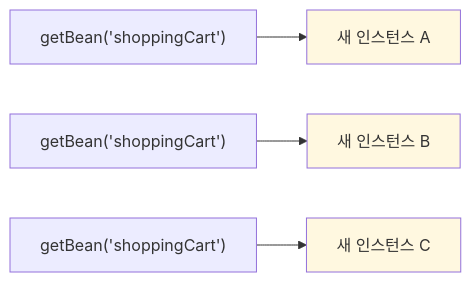
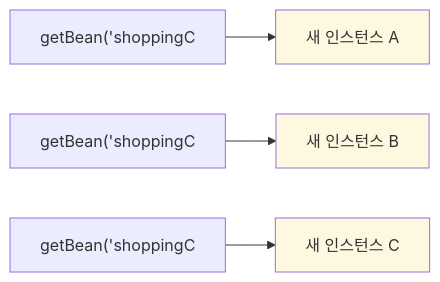
One commit to yjkim2015/yjkim2015.github.io changed the fifth of 7 diagrams in _posts/spring/2026-05-01-spring-ioc-di.md. Above: the diagram before and after it, drawn with Mermaid. The commit also changed other lines of this file and 271 other files, not shown here.

First line of the commit message:
Mermaid 라벨 축소: 긴 노드 텍스트 18자 이하로 트림 + \n 제거

````diff
--- a/_posts/spring/2026-05-01-spring-ioc-di.md
+++ b/_posts/spring/2026-05-01-spring-ioc-di.md
@@ -219,9 +219,9 @@
 ```mermaid
 graph LR
-    A["getBean('shoppingCart')"] --> I1["새 인스턴스 A"]
-    B["getBean('shoppingCart')"] --> I2["새 인스턴스 B"]
-    C["getBean('shoppingCart')"] --> I3["새 인스턴스 C"]
+    A["getBean('shoppingC"] --> I1["새 인스턴스 A"]
+    B["getBean('shoppingC"] --> I2["새 인스턴스 B"]
+    C["getBean('shoppingC"] --> I3["새 인스턴스 C"]
     style I1 fill:#fff8e0
     style I2 fill:#fff8e0
     style I3 fill:#fff8e0
 ```
````
